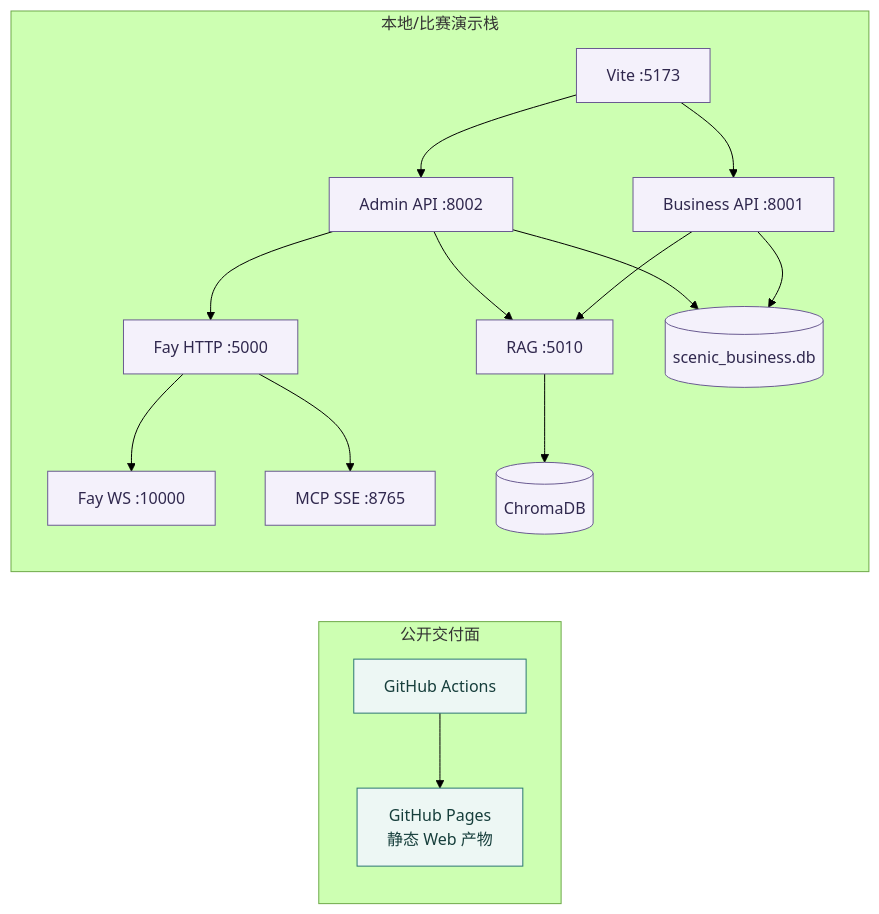
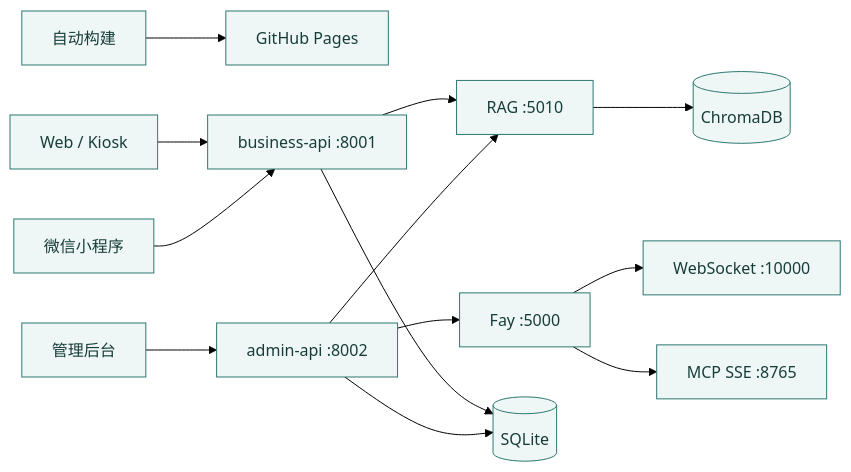
Before and after one commit to Serein-hue/Software-Digital-human: the second of 2 diagrams in docs/submission-report/02-方案设计文档.md, drawn with Mermaid (forest theme). The commit also changed other lines of this file and 10 other files, not shown here.

````diff
--- a/docs/submission-report/02-方案设计文档.md
+++ b/docs/submission-report/02-方案设计文档.md
@@ -1071,22 +1012,17 @@
 ```mermaid
 flowchart LR
-  subgraph PUBLIC[公开交付面]
-    GH[GitHub Actions] --> P[GitHub Pages<br/>静态 Web 产物]
-  end
-  subgraph LOCAL[本地/比赛演示栈]
-    V[Vite :5173] --> B[Business API :8001]
-    V --> D[Admin API :8002]
-    B --> R[RAG :5010]
-    D --> R
-    D --> F[Fay HTTP :5000]
-    F --> W[Fay WS :10000]
-    F --> M[MCP SSE :8765]
-    B --> DB[(scenic_business.db)]
-    D --> DB
-    R --> C[(ChromaDB)]
-  end
-  classDef public fill:#edf7f4,stroke:#2c7773,color:#163e3b
-  classDef local fill:#f4f1fb,stroke:#6a5b91,color:#30284e
-  class GH,P public
-  class V,B,D,R,F,W,M,DB,C local
+  GH[自动构建] --> P[GitHub Pages]
+  V[Web / Kiosk] --> B[business-api :8001]
+  A[管理后台] --> D[admin-api :8002]
+  M[微信小程序] --> B
+  B --> R[RAG :5010]
+  D --> R
+  D --> F[Fay :5000]
+  F --> W[WebSocket :10000]
+  F --> C[MCP SSE :8765]
+  B --> DB[(SQLite)]
+  D --> DB
+  R --> CH[(ChromaDB)]
+  classDef node fill:#eef7f5,stroke:#2f7772,color:#173d3a
+  class GH,P,V,A,M,B,D,R,F,W,C,DB,CH node
 ```
````
